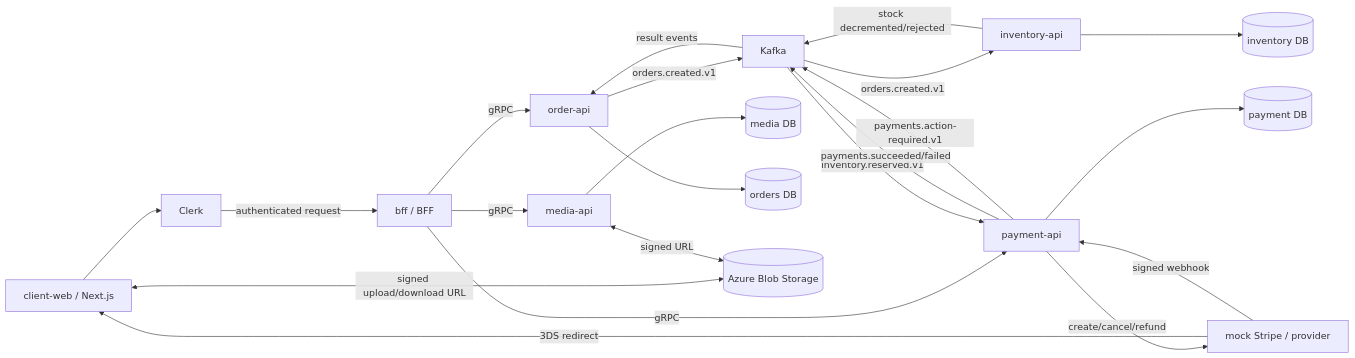
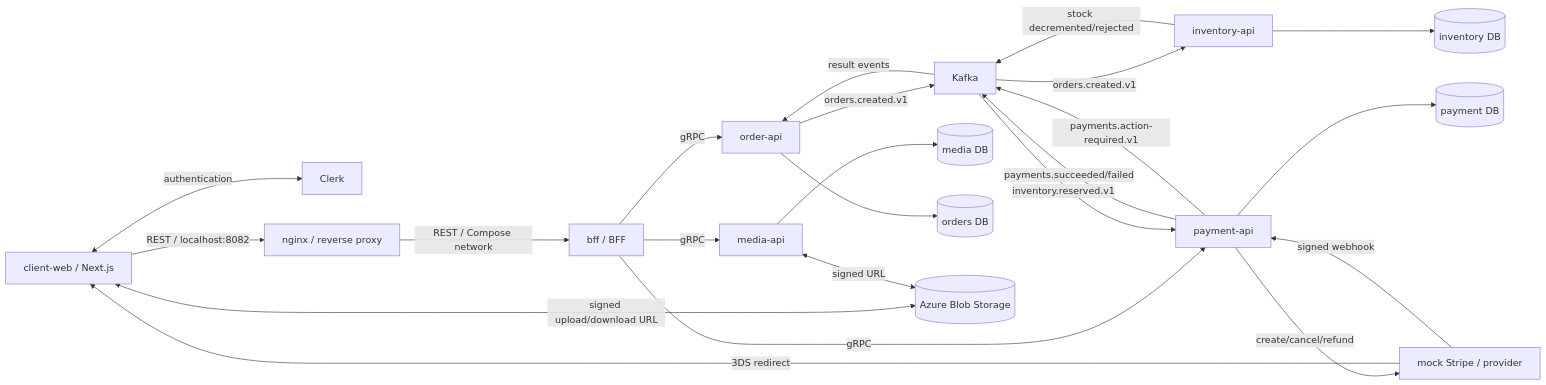
One commit to asamigentoku/PinguCoin changed the diagram in docs/ARCHITECTURE.md. Above: the diagram before and after it, drawn with Mermaid. The commit also changed other lines of this file and 3 other files, not shown here.

````diff
--- a/docs/ARCHITECTURE.md
+++ b/docs/ARCHITECTURE.md
@@ -3,24 +3,25 @@
 ```mermaid
 flowchart LR
-    Web[client-web / Next.js] --> Clerk[Clerk]
-    Clerk -->|authenticated request| BFF[bff / BFF]
+    Web[client-web / Next.js] <-->|authentication| Clerk[Clerk]
+    Web -->|REST / localhost:8082| Nginx[nginx / reverse proxy]
+    Nginx -->|REST / Compose network| BFF[bff / BFF]
     BFF -->|gRPC| Media[media-api]
     BFF -->|gRPC| Order[order-api]
     BFF -->|gRPC| Payment[payment-api]
 Order -->|orders.created.v1| Kafka[Kafka]
 Kafka -->|orders.created.v1| Inventory[inventory-api]
 Inventory -->|stock decremented/rejected| Kafka
     Kafka -->|inventory.reserved.v1| Payment
     Payment -->|payments.succeeded/failed| Kafka
     Payment -->|payments.action-required.v1| Kafka
     Kafka -->|result events| Order
     Payment -->|create/cancel/refund| Stripe[mock Stripe / provider]
     Stripe -->|3DS redirect| Web
     Stripe -->|signed webhook| Payment
     Media --> MediaDB[(media DB)]
     Inventory --> InventoryDB[(inventory DB)]
     Payment --> PaymentDB[(payment DB)]
     Order --> OrderDB[(orders DB)]
     Web <-->|signed upload/download URL| Blob[(Azure Blob Storage)]
     Media <-->|signed URL| Blob
 ```
````
